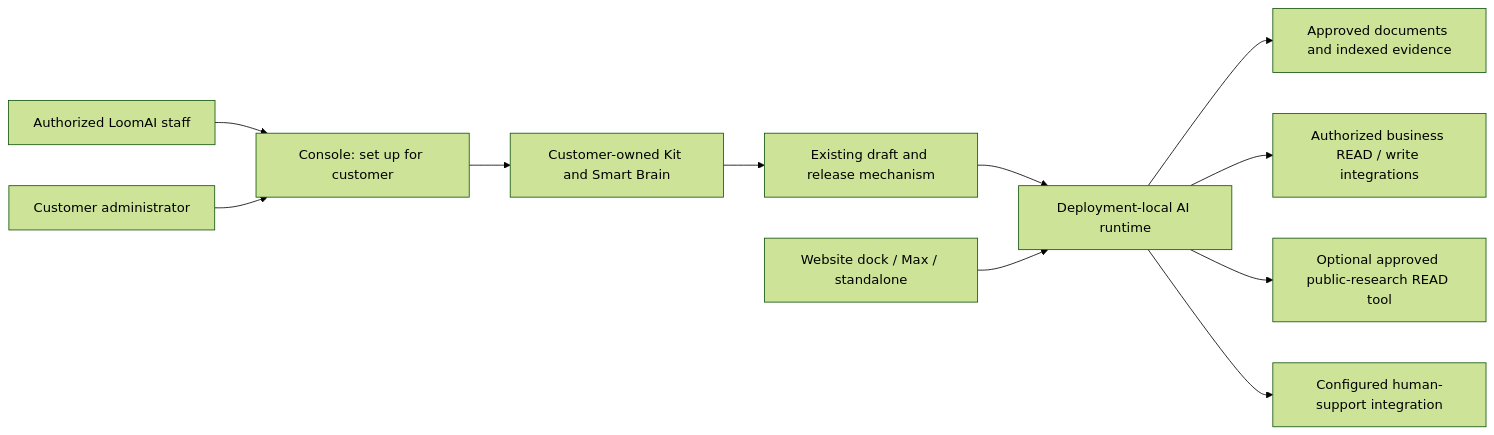
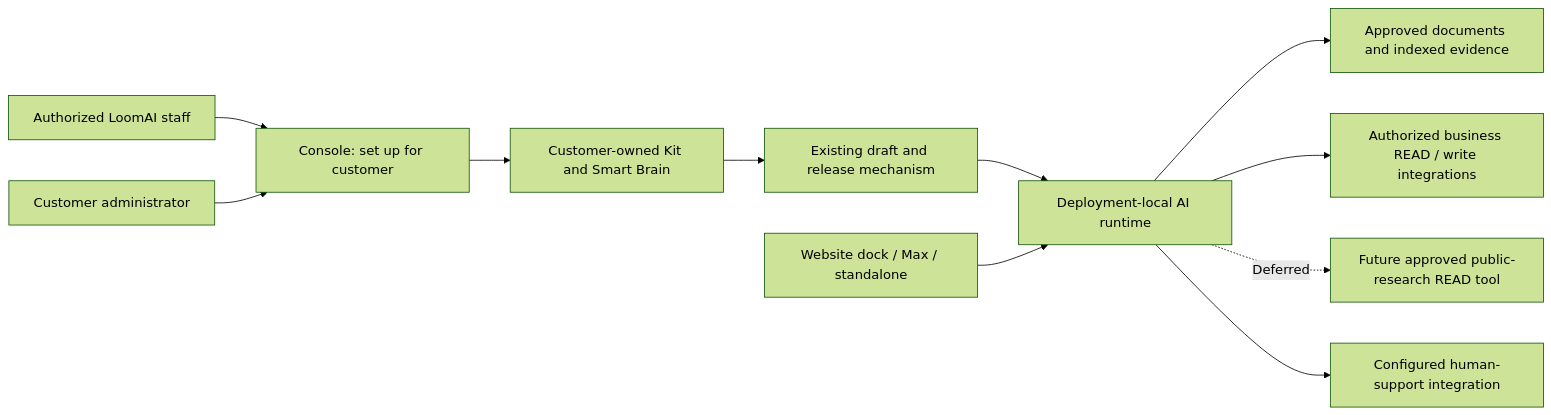
The diagram in doc/Productization/future-work/MarketPlace/Products/Strategy/RoadMaps/Implementation/010_63_ASSISTED_CUSTOMER_SETUP_AI_BEHAVIOUR_AND_DEALERSHIP_OPTIMIZATION_PROPOSAL.md (mahmoudashraf/AI-Fabric-Framework), drawn with Mermaid (forest theme) before and after one commit. The commit also changed other lines of this file and 7 other files, not shown here.

````diff
--- a/doc/Productization/future-work/MarketPlace/Products/Strategy/RoadMaps/Implementation/010_63_ASSISTED_CUSTOMER_SETUP_AI_BEHAVIOUR_AND_DEALERSHIP_OPTIMIZATION_PROPOSAL.md
+++ b/doc/Productization/future-work/MarketPlace/Products/Strategy/RoadMaps/Implementation/010_63_ASSISTED_CUSTOMER_SETUP_AI_BEHAVIOUR_AND_DEALERSHIP_OPTIMIZATION_PROPOSAL.md
@@ -279,13 +328,13 @@
 ```mermaid
 flowchart LR
     Staff[Authorized LoomAI staff] --> Console[Console: set up for customer]
     Customer[Customer administrator] --> Console
     Console --> Owned[Customer-owned Kit and Smart Brain]
     Owned --> Release[Existing draft and release mechanism]
     Release --> Runtime[Deployment-local AI runtime]
     Engage[Website dock / Max / standalone] --> Runtime
     Runtime --> Knowledge[Approved documents and indexed evidence]
     Runtime --> Business[Authorized business READ / write integrations]
-    Runtime --> Research[Optional approved public-research READ tool]
+    Runtime -. Deferred .-> Research[Future approved public-research READ tool]
     Runtime --> Desk[Configured human-support integration]
 ```
````
